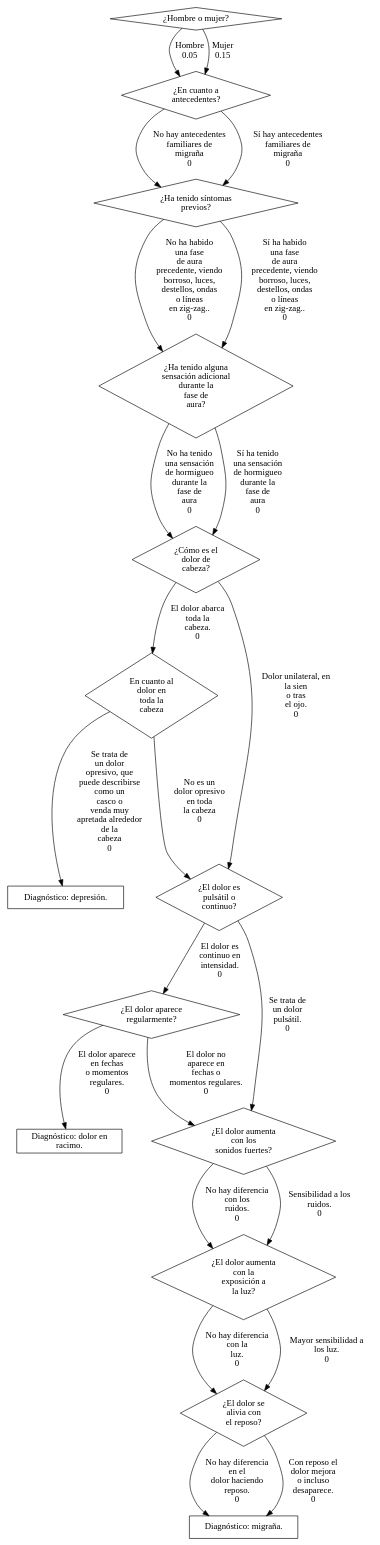
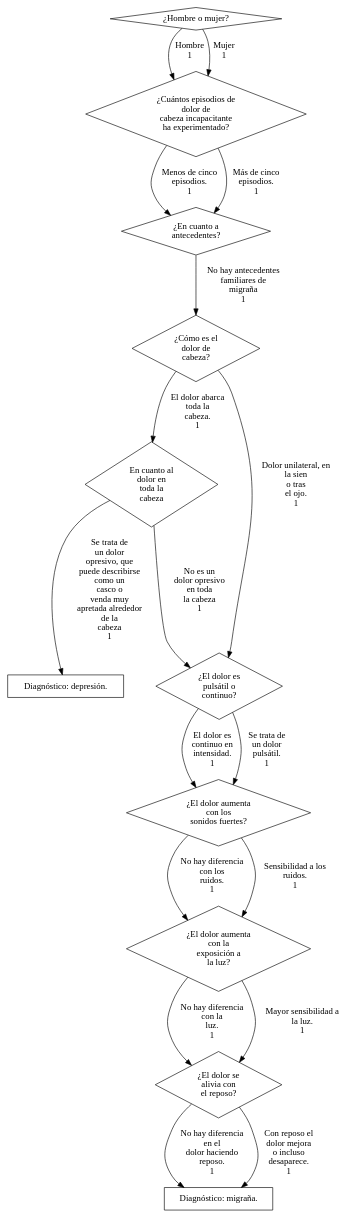
The diagram in utils/data.gv (Baltasarq/CefaleApp), drawn with Graphviz before and after one commit. The commit also changed 12 other files, not shown here.

```diff
--- a/utils/data.gv
+++ b/utils/data.gv
@@ -1,187 +1,132 @@
 
 digraph Migranna {
     
     isFemale[shape=diamond, label="¿Hombre o mujer?"];
 
+    howManyDaysPerMonth[shape=diamond, label="¿Cuántos episodios de
+dolor de
+cabeza incapacitante
+ha experimentado?"];
+
     hasHistory[shape=diamond, label="¿En cuanto a
 antecedentes?"];
-
-    hadAura[shape=diamond, label="¿Ha tenido síntomas
-previos?"];
-
-    hadSensitiveAura[shape=diamond, label="¿Ha tenido alguna
-sensación adicional
-durante la
-fase de
-aura?"];
 
     isUnilateral[shape=diamond, label="¿Cómo es el
 dolor de
 cabeza?"];
 
     isGeneralized[shape=diamond, label="En cuanto al
 dolor en
 toda la
 cabeza"];
 
     diagnostic_depression[shape=box, label="Diagnóstico: depresión."];
 
     isPulsing[shape=diamond, label="¿El dolor es
 pulsátil o
 continuo?"];
 
-    regular[shape=diamond, label="¿El dolor aparece
-regularmente?"];
-
-    diagnostic_racimo[shape=box, label="Diagnóstico: dolor en
-racimo."];
-
     soundPhobia[shape=diamond, label="¿El dolor aumenta
 con los
 sonidos fuertes?"];
 
     photoPhobia[shape=diamond, label="¿El dolor aumenta
 con la
 exposición a
 la luz?"];
 
-    rest[shape=diamond, label="¿El dolor se
+    restImproves[shape=diamond, label="¿El dolor se
 alivia con
 el reposo?"];
 
     diagnostic_cefalea[shape=box, label="Diagnóstico: migraña."];
 
-    isFemale -> hasHistory[label="Hombre
-0.05"];
+    isFemale -> howManyDaysPerMonth[label="Hombre
+1"];
 
-    isFemale -> hasHistory[label="Mujer
-0.15"];
+    isFemale -> howManyDaysPerMonth[label="Mujer
+1"];
 
-    hasHistory -> hadAura[label="No hay antecedentes
+    howManyDaysPerMonth -> hasHistory[label="Menos de cinco
+episodios.
+1"];
+
+    howManyDaysPerMonth -> hasHistory[label="Más de cinco
+episodios.
+1"];
+
+    hasHistory -> isUnilateral[label="No hay antecedentes
 familiares de
 migraña
-0"];
-
-    hasHistory -> hadAura[label="Sí hay antecedentes
-familiares de
-migraña
-0"];
-
-    hadAura -> hadSensitiveAura[label="No ha habido
-una fase
-de aura
-precedente, viendo
-borroso, luces,
-destellos, ondas
-o líneas
-en zig-zag..
-0"];
-
-    hadAura -> hadSensitiveAura[label="Sí ha habido
-una fase
-de aura
-precedente, viendo
-borroso, luces,
-destellos, ondas
-o líneas
-en zig-zag..
-0"];
-
-    hadSensitiveAura -> isUnilateral[label="No ha tenido
-una sensación
-de hormigueo
-durante la
-fase de
-aura
-0"];
-
-    hadSensitiveAura -> isUnilateral[label="Sí ha tenido
-una sensación
-de hormigueo
-durante la
-fase de
-aura
-0"];
+1"];
 
     isUnilateral -> isGeneralized[label="El dolor abarca
 toda la
 cabeza.
-0"];
+1"];
 
     isUnilateral -> isPulsing[label="Dolor unilateral, en
 la sien
 o tras
 el ojo.
-0"];
+1"];
 
     isGeneralized -> isPulsing[label="No es un
 dolor opresivo
 en toda
 la cabeza
-0"];
+1"];
 
     isGeneralized -> diagnostic_depression[label="Se trata de
 un dolor
 opresivo, que
 puede describirse
 como un
 casco o
 venda muy
 apretada alrededor
 de la
 cabeza
-0"];
+1"];
 
-    isPulsing -> regular[label="El dolor es
+    isPulsing -> soundPhobia[label="El dolor es
 continuo en
 intensidad.
-0"];
+1"];
 
     isPulsing -> soundPhobia[label="Se trata de
 un dolor
 pulsátil.
-0"];
-
-    regular -> soundPhobia[label="El dolor no
-aparece en
-fechas o
-momentos regulares.
-0"];
-
-    regular -> diagnostic_racimo[label="El dolor aparece
-en fechas
-o momentos
-regulares.
-0"];
+1"];
 
     soundPhobia -> photoPhobia[label="No hay diferencia
 con los
 ruidos.
-0"];
+1"];
 
     soundPhobia -> photoPhobia[label="Sensibilidad a los
 ruidos.
-0"];
+1"];
 
-    photoPhobia -> rest[label="No hay diferencia
+    photoPhobia -> restImproves[label="No hay diferencia
 con la
 luz.
-0"];
+1"];
 
-    photoPhobia -> rest[label="Mayor sensibilidad a
-los luz.
-0"];
+    photoPhobia -> restImproves[label="Mayor sensibilidad a
+la luz.
+1"];
 
-    rest -> diagnostic_cefalea[label="No hay diferencia
+    restImproves -> diagnostic_cefalea[label="No hay diferencia
 en el
 dolor haciendo
 reposo.
-0"];
+1"];
 
-    rest -> diagnostic_cefalea[label="Con reposo el
+    restImproves -> diagnostic_cefalea[label="Con reposo el
 dolor mejora
 o incluso
 desaparece.
-0"];
+1"];
 
 }
```
